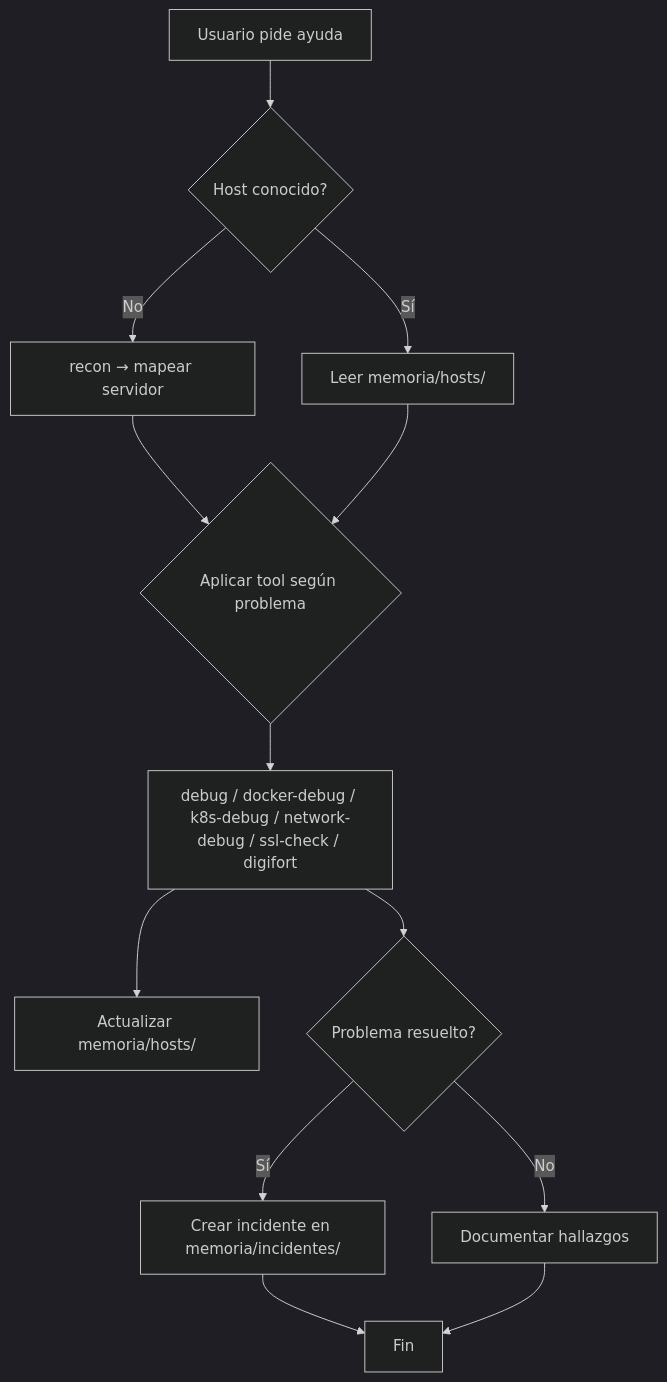
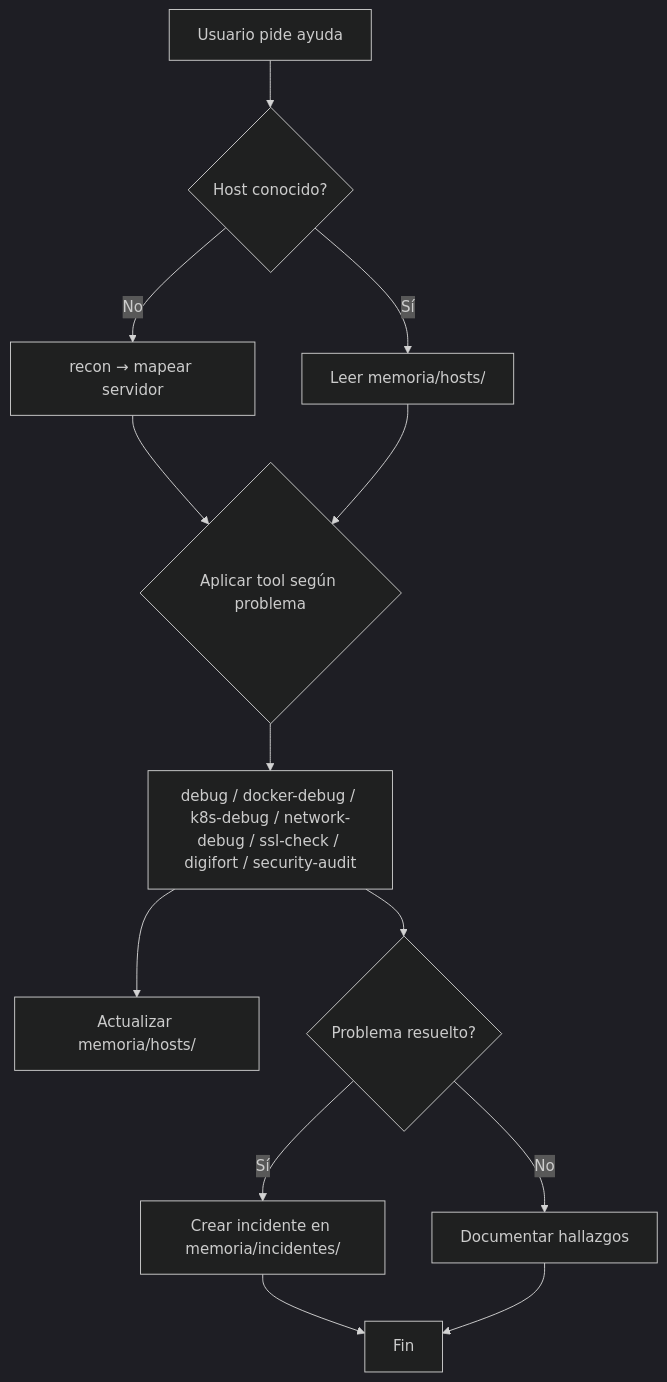
Before and after one commit to 4h1g4L0w4/Sysadmin-AI-Ecosystem: the diagram in README.md, drawn with Mermaid (dark theme). The commit also changed other lines of this file and 4 other files, not shown here.

Commit message:
security-audit tool&skill

````diff
--- a/README.md
+++ b/README.md
@@ -245,15 +263,15 @@
 ```mermaid
 graph TD
     A[Usuario pide ayuda] --> B{Host conocido?}
     B -->|No| C[recon → mapear servidor]
     B -->|Sí| D[Leer memoria/hosts/]
     C --> E{Aplicar tool según problema}
     D --> E
-    E --> F[debug / docker-debug / k8s-debug / network-debug / ssl-check / digifort]
+    E --> F[debug / docker-debug / k8s-debug / network-debug / ssl-check / digifort / security-audit]
     F --> G[Actualizar memoria/hosts/]
     F --> H{Problema resuelto?}
     H -->|Sí| I[Crear incidente en memoria/incidentes/]
     H -->|No| J[Documentar hallazgos]
     I --> K[Fin]
     J --> K
 ```
````
